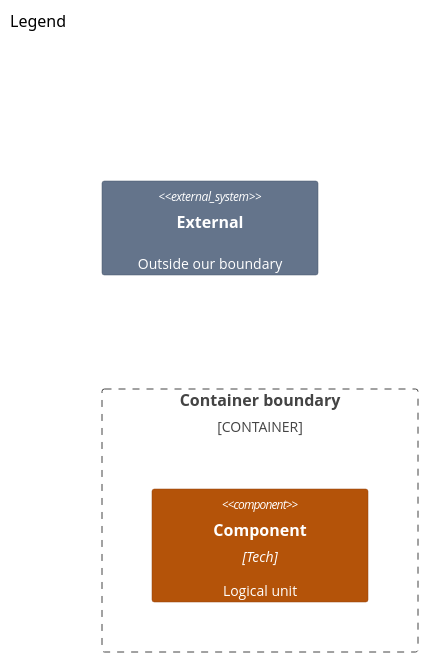
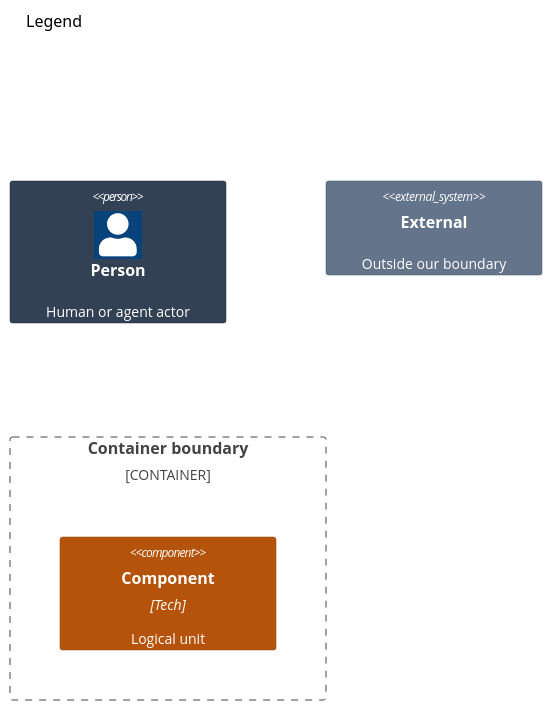
One commit to may-journal/apple-ui-testing-library changed the second of 2 diagrams in docs/architecture/03-components.md. Above: the diagram before and after it, drawn with Mermaid (forest theme). The commit also changed other lines of this file and 1 other file, not shown here.

First line of the commit message:
docs(architecture): draw the developer in the components view (#137)

````diff
--- a/docs/architecture/03-components.md
+++ b/docs/architecture/03-components.md
@@ -73,12 +77,14 @@
 ```mermaid
 C4Component
     title Legend
 
+    Person(p, "Person", "Human or agent actor")
     Container_Boundary(cb, "Container boundary") {
         Component(c, "Component", "Tech", "Logical unit")
     }
     System_Ext(e, "External", "Outside our boundary")
 
+    UpdateElementStyle(p, $bgColor="#334155", $borderColor="#1e293b", $fontColor="#ffffff")
     UpdateElementStyle(c, $bgColor="#b45309", $borderColor="#92400e", $fontColor="#ffffff")
     UpdateElementStyle(e, $bgColor="#64748b", $borderColor="#475569", $fontColor="#ffffff")
 ```
````
